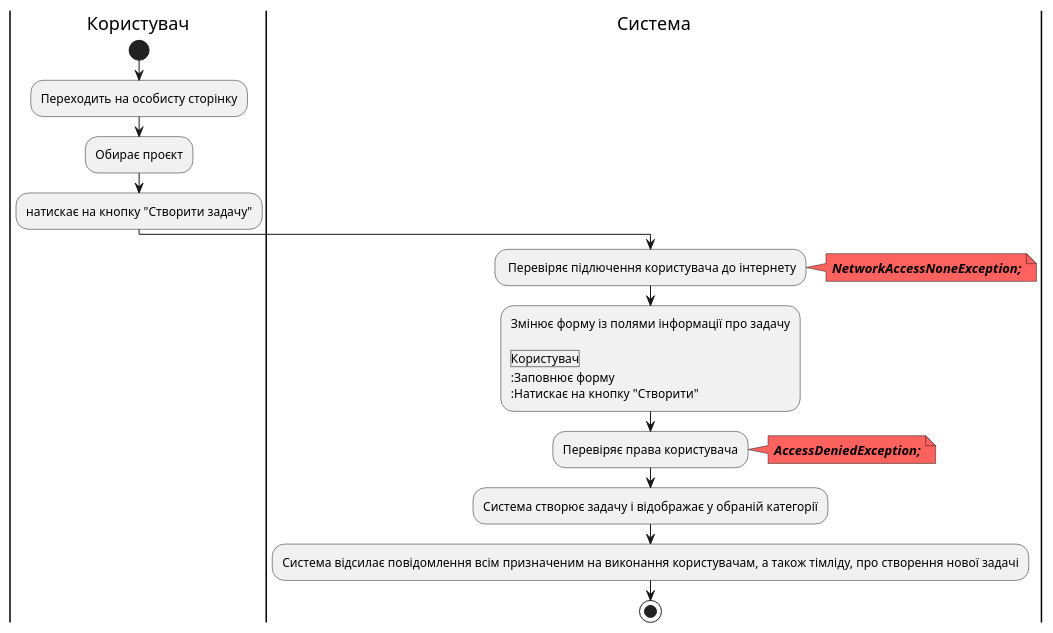
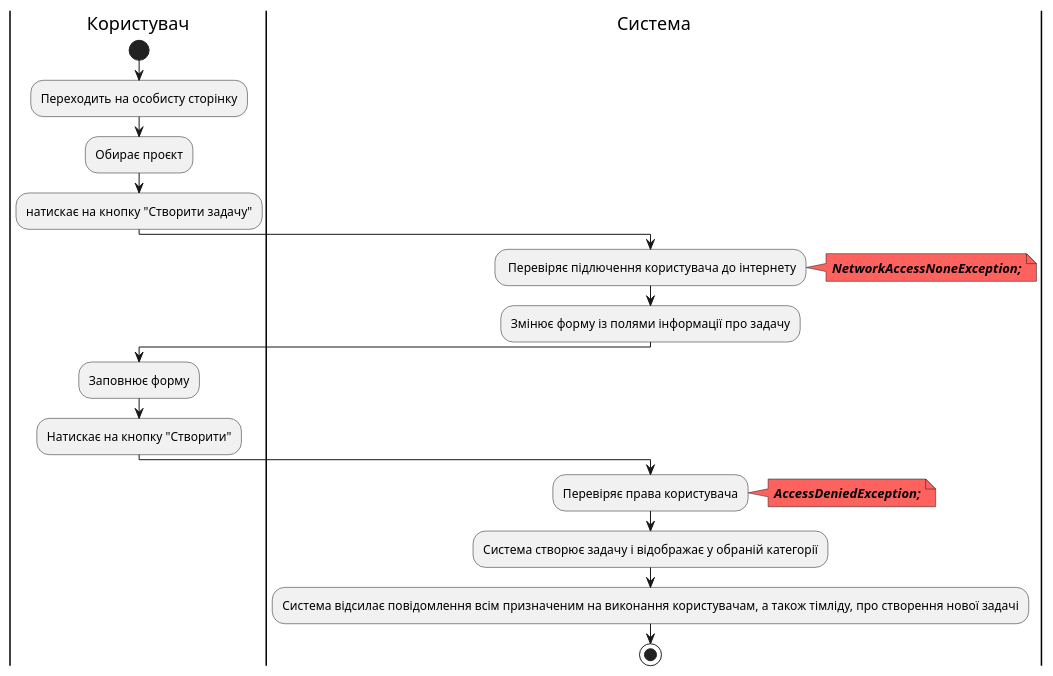
Before and after one commit to stbestichhh/db_project-manager: the eighth of 19 diagrams in docs/use cases/README.md, drawn with PlantUML. The commit also changed other lines of this file, not shown here.

```diff
--- a/docs/use cases/README.md
+++ b/docs/use cases/README.md
@@ -290,28 +290,28 @@
 @startuml
 |Користувач|
 start;
 :Переходить на особисту сторінку;
 :Обирає проєкт;
 :натискає на кнопку "Створити задачу";
 
 |Система|
 : Перевіряє підлючення користувача до інтернету;
 note right #fd625e
 <b><i>NetworkAccessNoneException;
 end note
-:Змінює форму із полями інформації про задачу
+:Змінює форму із полями інформації про задачу;
 
 |Користувач|
-:Заповнює форму
+:Заповнює форму;
 :Натискає на кнопку "Створити";
 
 |Система|
 :Перевіряє права користувача;
 note right #fd625e
 <b><i>AccessDeniedException;
 end note
 :Система створює задачу і відображає у обраній категорії;
 :Система відсилає повідомлення всім призначеним на виконання користувачам, а також тімліду, про створення нової задачі;
 stop;
 
 @enduml
```
